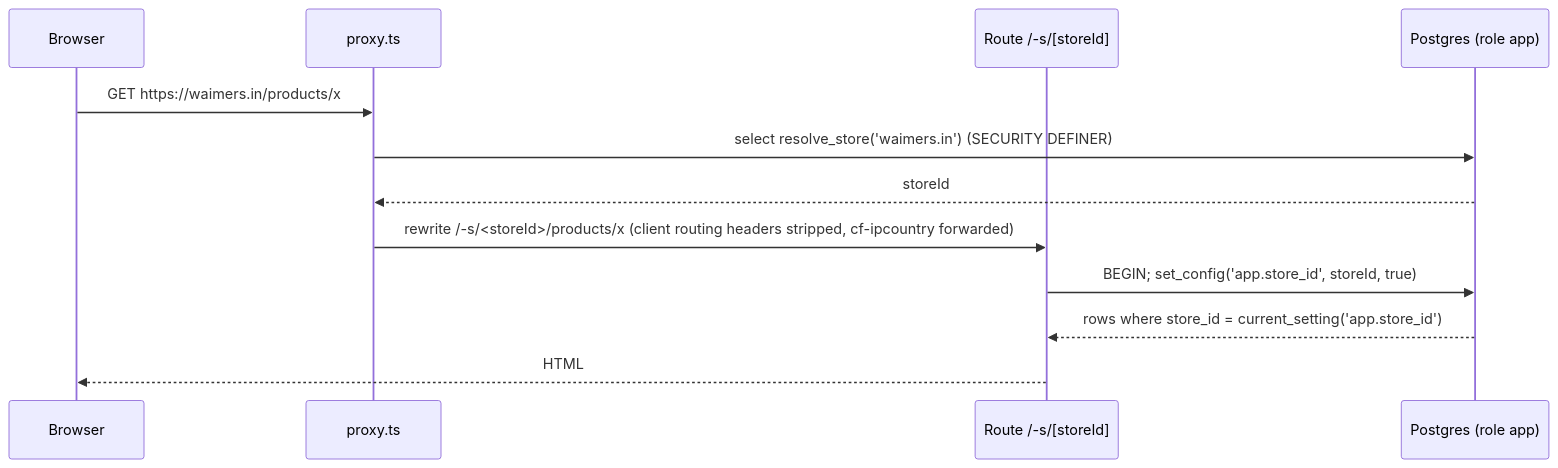
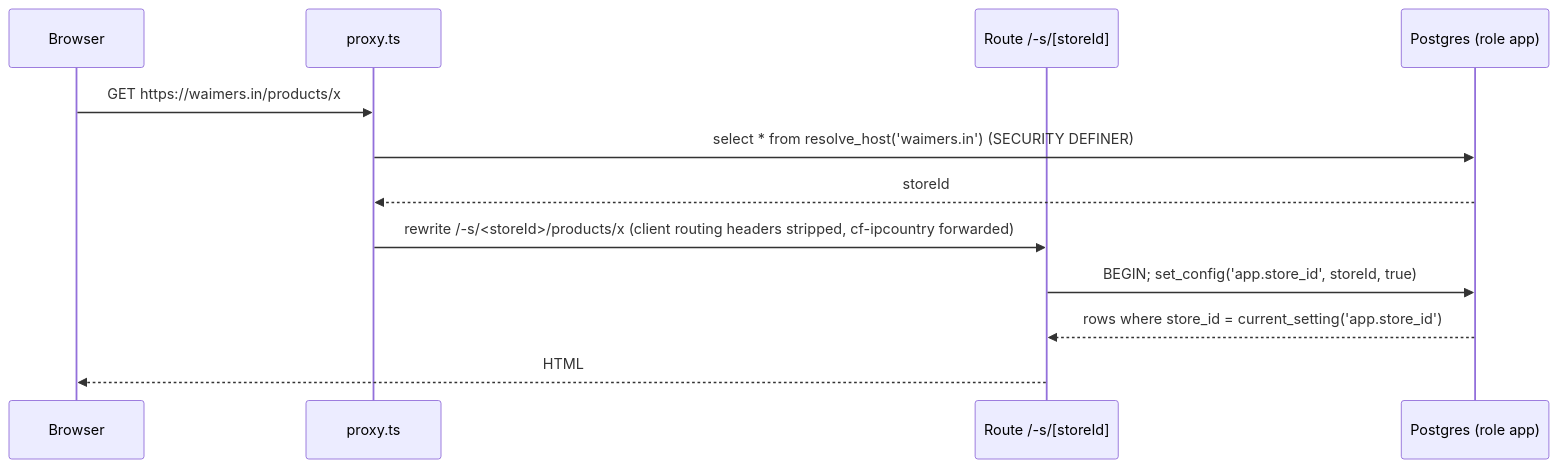
One commit to Viora-Tech/e-commerce changed the second of 4 diagrams in apps/docs/content/developer-docs/building/architecture.mdx. Above: the diagram before and after it, drawn with Mermaid. The commit also changed other lines of this file and 40 other files, not shown here.

First line of the commit message:
docs: rich merchant guides, hand-drawn diagrams and deeper developer docs

````diff
--- a/apps/docs/content/developer-docs/building/architecture.mdx
+++ b/apps/docs/content/developer-docs/building/architecture.mdx
@@ -67,14 +67,14 @@
 ```mermaid
 sequenceDiagram
   participant B as Browser
   participant P as proxy.ts
   participant R as Route /-s/[storeId]
   participant DB as Postgres (role app)
   B->>P: GET https://waimers.in/products/x
-  P->>DB: select resolve_store('waimers.in')  (SECURITY DEFINER)
+  P->>DB: select * from resolve_host('waimers.in')  (SECURITY DEFINER)
   DB-->>P: storeId
   P->>R: rewrite /-s/<storeId>/products/x (client routing headers stripped, cf-ipcountry forwarded)
   R->>DB: BEGIN#59; set_config('app.store_id', storeId, true)
   DB-->>R: rows where store_id = current_setting('app.store_id')
   R-->>B: HTML
 ```
````
